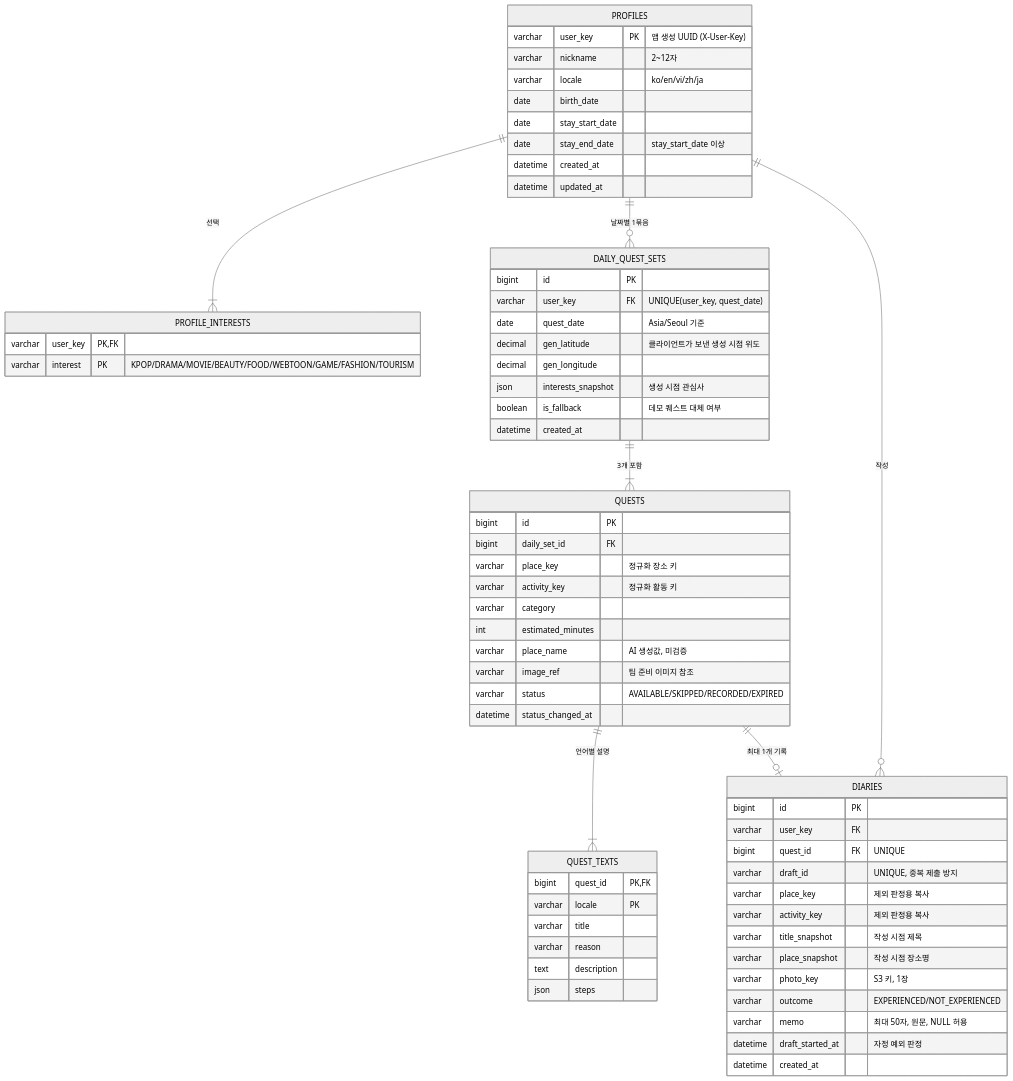
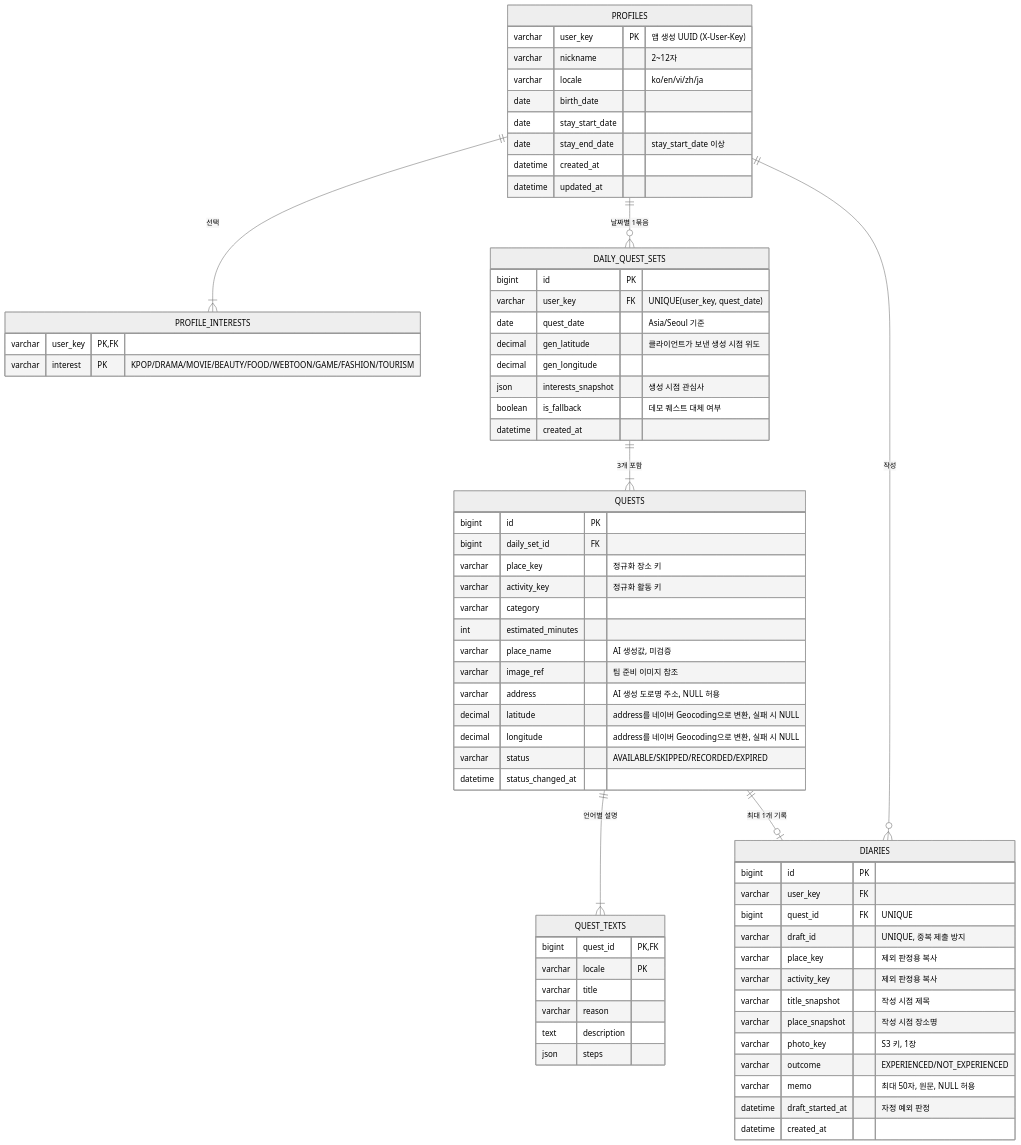
The diagram in docs/동네메이트_ERD.md (MJU-hackathon/hackathon-server), drawn with Mermaid (neutral theme) before and after one commit. The commit also changed other lines of this file and 2 other files, not shown here.

Commit message:
docs: 퀘스트 장소 좌표 제공 내용을 명세서·ERD·AGENTS.md에 반영 - #37

````diff
--- a/docs/동네메이트_ERD.md
+++ b/docs/동네메이트_ERD.md
@@ -7,74 +7,77 @@
 ```mermaid
 erDiagram
     PROFILES ||--|{ PROFILE_INTERESTS : "선택"
     PROFILES ||--o{ DAILY_QUEST_SETS : "날짜별 1묶음"
     DAILY_QUEST_SETS ||--|{ QUESTS : "3개 포함"
     QUESTS ||--|{ QUEST_TEXTS : "언어별 설명"
     QUESTS ||--o| DIARIES : "최대 1개 기록"
     PROFILES ||--o{ DIARIES : "작성"
 
     PROFILES {
         varchar user_key PK "앱 생성 UUID (X-User-Key)"
         varchar nickname "2~12자"
         varchar locale "ko/en/vi/zh/ja"
         date birth_date
         date stay_start_date
         date stay_end_date "stay_start_date 이상"
         datetime created_at
         datetime updated_at
     }
 
     PROFILE_INTERESTS {
         varchar user_key PK, FK
         varchar interest PK "KPOP/DRAMA/MOVIE/BEAUTY/FOOD/WEBTOON/GAME/FASHION/TOURISM"
     }
 
     DAILY_QUEST_SETS {
         bigint id PK
         varchar user_key FK "UNIQUE(user_key, quest_date)"
         date quest_date "Asia/Seoul 기준"
         decimal gen_latitude "클라이언트가 보낸 생성 시점 위도"
         decimal gen_longitude
         json interests_snapshot "생성 시점 관심사"
         boolean is_fallback "데모 퀘스트 대체 여부"
         datetime created_at
     }
 
     QUESTS {
         bigint id PK
         bigint daily_set_id FK
         varchar place_key "정규화 장소 키"
         varchar activity_key "정규화 활동 키"
         varchar category
         int estimated_minutes
         varchar place_name "AI 생성값, 미검증"
         varchar image_ref "팀 준비 이미지 참조"
+        varchar address "AI 생성 도로명 주소, NULL 허용"
+        decimal latitude "address를 네이버 Geocoding으로 변환, 실패 시 NULL"
+        decimal longitude "address를 네이버 Geocoding으로 변환, 실패 시 NULL"
         varchar status "AVAILABLE/SKIPPED/RECORDED/EXPIRED"
         datetime status_changed_at
     }
 
     QUEST_TEXTS {
         bigint quest_id PK, FK
         varchar locale PK
         varchar title
         varchar reason
         text description
         json steps
     }
 
     DIARIES {
         bigint id PK
         varchar user_key FK
         bigint quest_id FK "UNIQUE"
         varchar draft_id "UNIQUE, 중복 제출 방지"
         varchar place_key "제외 판정용 복사"
         varchar activity_key "제외 판정용 복사"
         varchar title_snapshot "작성 시점 제목"
         varchar place_snapshot "작성 시점 장소명"
         varchar photo_key "S3 키, 1장"
         varchar outcome "EXPERIENCED/NOT_EXPERIENCED"
         varchar memo "최대 50자, 원문, NULL 허용"
         datetime draft_started_at "자정 예외 판정"
         datetime created_at
     }
 ```
````
